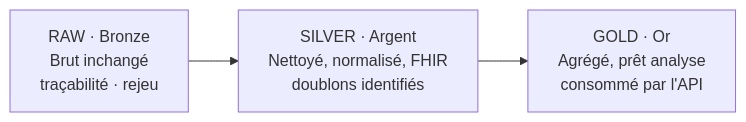
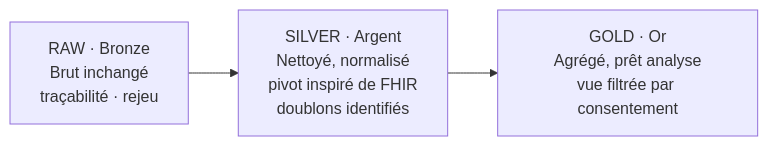
The second of 4 diagrams in documents/documentation/bigdata_concepts.md (Alphamanjaka/test-big-data), drawn with Mermaid before and after one commit. The commit also changed other lines of this file and 35 other files, not shown here.

````diff
--- a/documents/documentation/bigdata_concepts.md
+++ b/documents/documentation/bigdata_concepts.md
@@ -63,4 +63,4 @@
 ```mermaid
 flowchart LR
-    RAW["RAW · Bronze<br/>Brut inchangé<br/>traçabilité · rejeu"] --> SIL["SILVER · Argent<br/>Nettoyé, normalisé, FHIR<br/>doublons identifiés"] --> GOLD["GOLD · Or<br/>Agrégé, prêt analyse<br/>consommé par l'API"]
+    RAW["RAW · Bronze<br/>Brut inchangé<br/>traçabilité · rejeu"] --> SIL["SILVER · Argent<br/>Nettoyé, normalisé<br/>pivot inspiré de FHIR<br/>doublons identifiés"] --> GOLD["GOLD · Or<br/>Agrégé, prêt analyse<br/>vue filtrée par consentement"]
 ```
````
